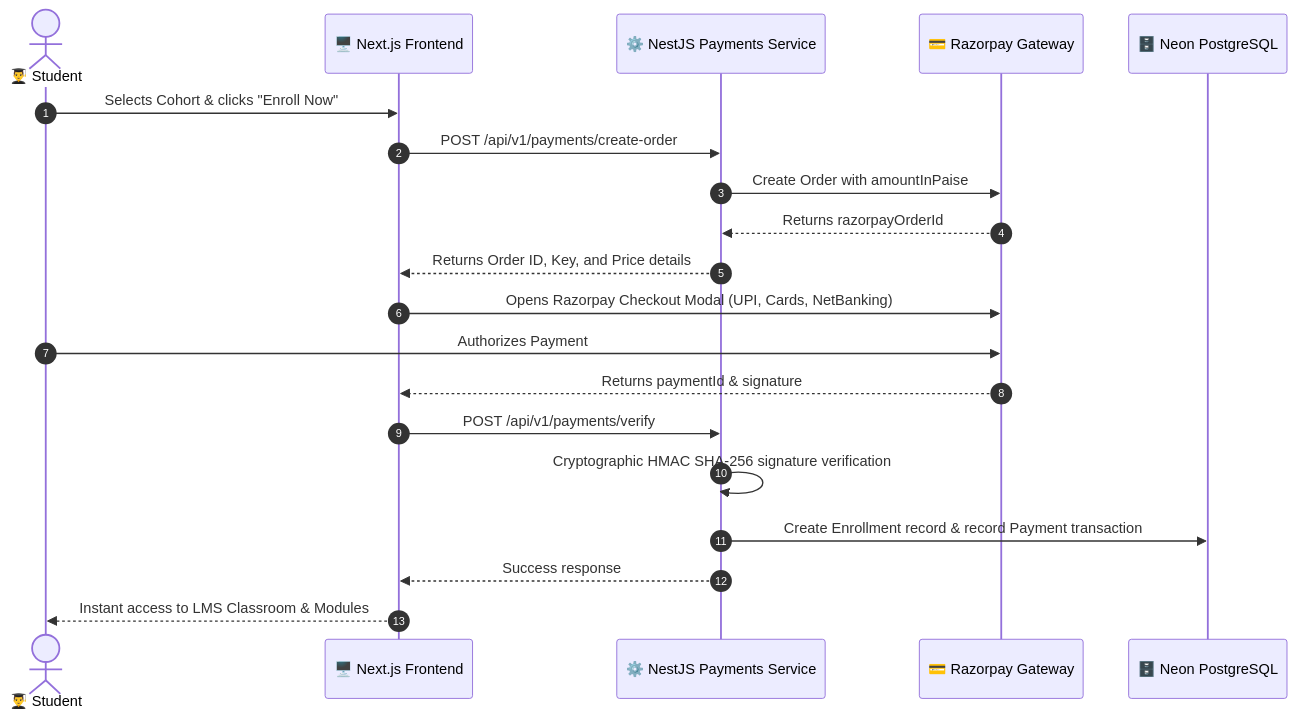
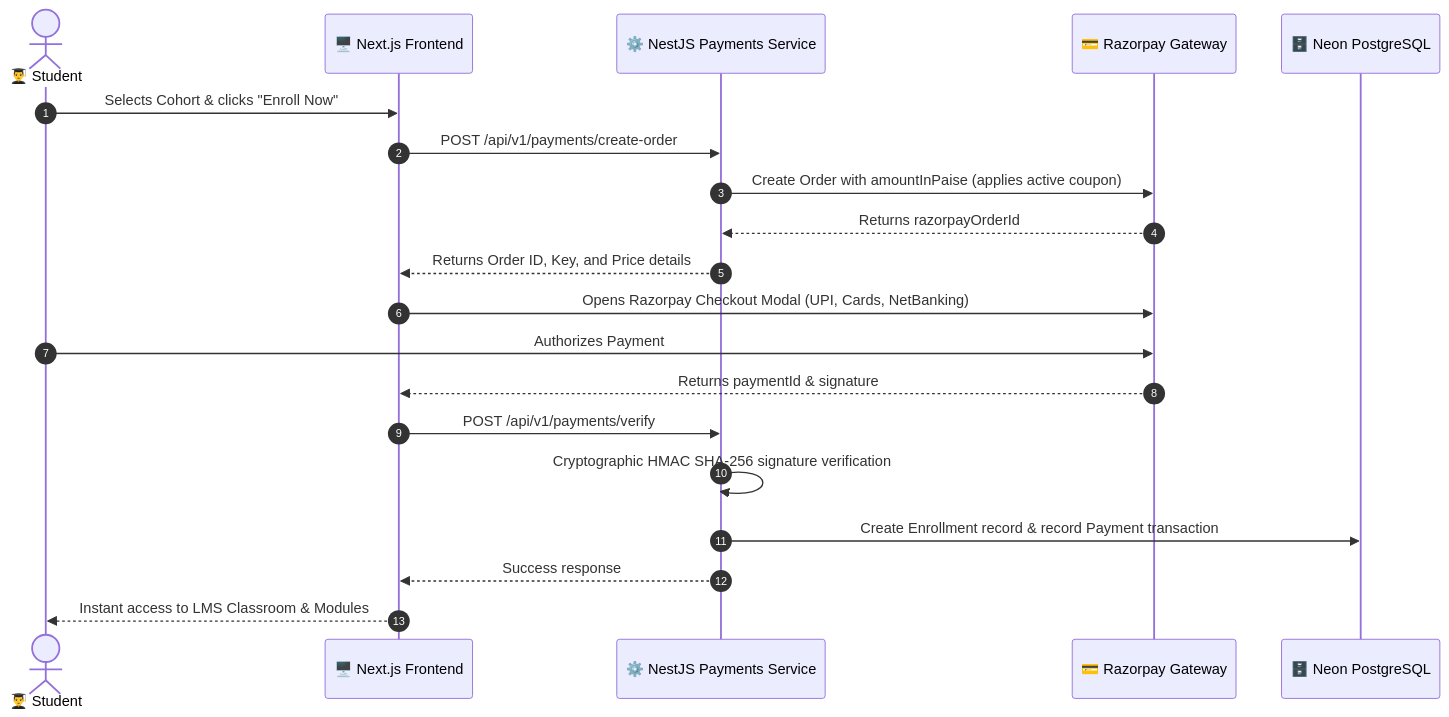
Before and after one commit to shivan632/DevAscent-Academy: the second of 5 diagrams in README.md, drawn with Mermaid. The commit also changed other lines of this file, not shown here.

````diff
--- a/README.md
+++ b/README.md
@@ -146,23 +181,23 @@
 ```mermaid
 sequenceDiagram
     autonumber
     actor Student as 👨‍🎓 Student
     participant Client as 🖥️ Next.js Frontend
     participant API as ⚙️ NestJS Payments Service
     participant Razorpay as 💳 Razorpay Gateway
     participant DB as 🗄️ Neon PostgreSQL
 
     Student->>Client: Selects Cohort & clicks "Enroll Now"
     Client->>API: POST /api/v1/payments/create-order
-    API->>Razorpay: Create Order with amountInPaise
+    API->>Razorpay: Create Order with amountInPaise (applies active coupon)
     Razorpay-->>API: Returns razorpayOrderId
     API-->>Client: Returns Order ID, Key, and Price details
     Client->>Razorpay: Opens Razorpay Checkout Modal (UPI, Cards, NetBanking)
     Student->>Razorpay: Authorizes Payment
     Razorpay-->>Client: Returns paymentId & signature
     Client->>API: POST /api/v1/payments/verify
     API->>API: Cryptographic HMAC SHA-256 signature verification
     API->>DB: Create Enrollment record & record Payment transaction
     API-->>Client: Success response
     Client-->>Student: Instant access to LMS Classroom & Modules
 ```
````
